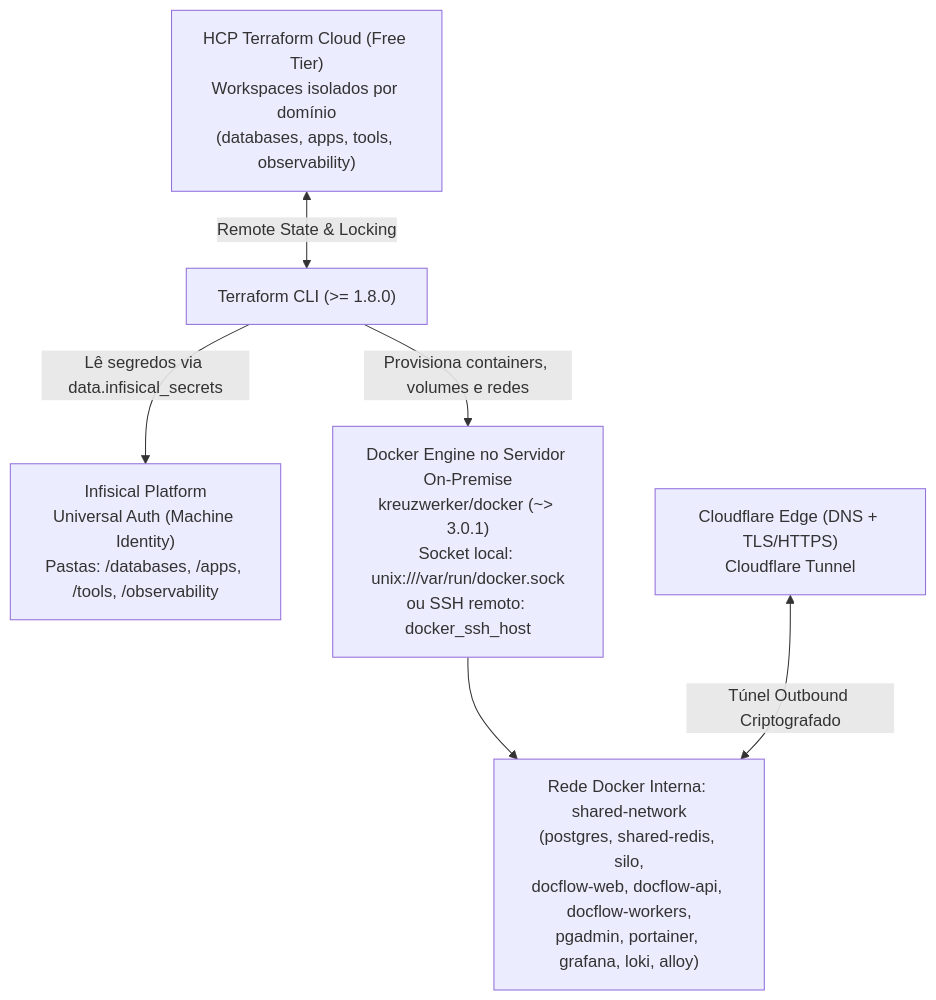
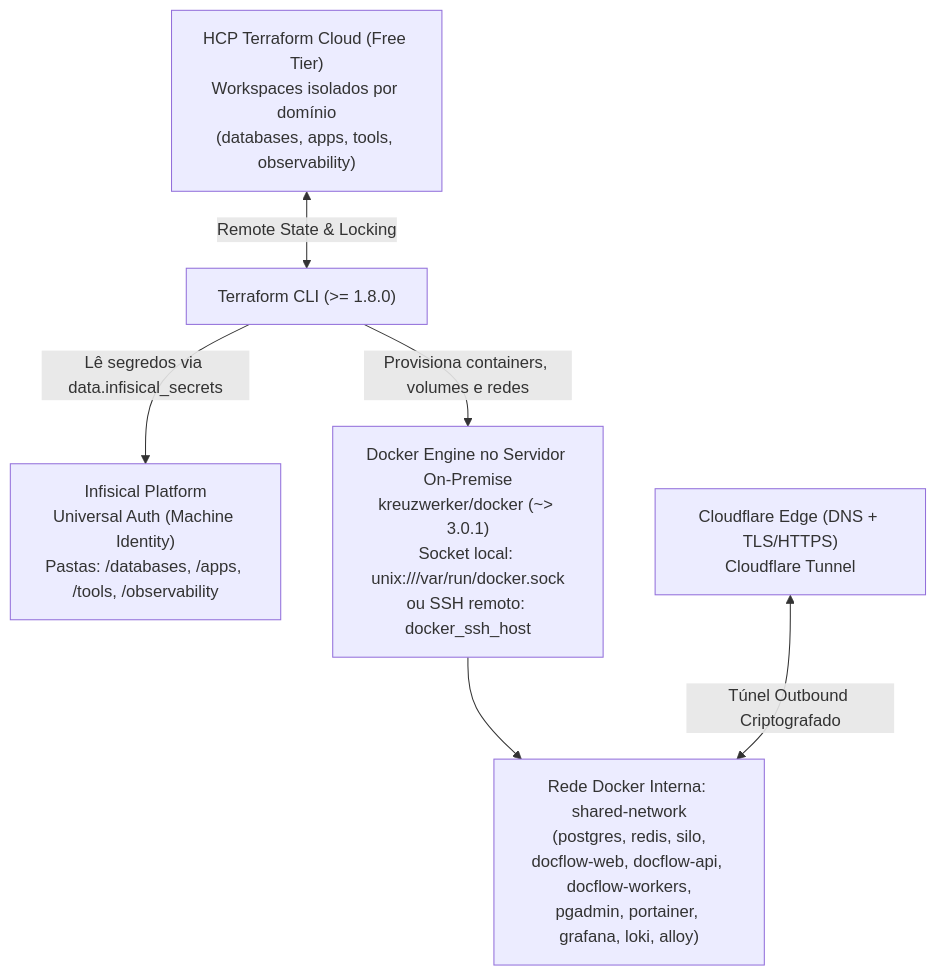
Before and after one commit to GGabrielRodrigues/DocFlow: the diagram in infra/README.md, drawn with Mermaid. The commit also changed 7 other files, not shown here.

Commit message:
chore: trocando nome do container "shared-redis" por "redis"

````diff
--- a/infra/README.md
+++ b/infra/README.md
@@ -37,15 +37,15 @@
 ```mermaid
 flowchart TD
   HCP["HCP Terraform Cloud (Free Tier)\nWorkspaces isolados por domínio\n(databases, apps, tools, observability)"]
   TF["Terraform CLI (>= 1.8.0)"]
   INF["Infisical Platform\nUniversal Auth (Machine Identity)\nPastas: /databases, /apps, /tools, /observability"]
   SOCK["Docker Engine no Servidor On-Premise\nkreuzwerker/docker (~> 3.0.1)\nSocket local: unix:///var/run/docker.sock\nou SSH remoto: docker_ssh_host"]
   CF["Cloudflare Edge (DNS + TLS/HTTPS)\nCloudflare Tunnel"]
-  NET["Rede Docker Interna: shared-network\n(postgres, shared-redis, silo,\ndocflow-web, docflow-api, docflow-workers,\npgadmin, portainer, grafana, loki, alloy)"]
+  NET["Rede Docker Interna: shared-network\n(postgres, redis, silo,\ndocflow-web, docflow-api, docflow-workers,\npgadmin, portainer, grafana, loki, alloy)"]
 
   HCP <-->|Remote State & Locking| TF
   TF -->|Lê segredos via data.infisical_secrets| INF
   TF -->|Provisiona containers, volumes e redes| SOCK
   SOCK --> NET
   CF <-->|Túnel Outbound Criptografado| NET
 ```
````
